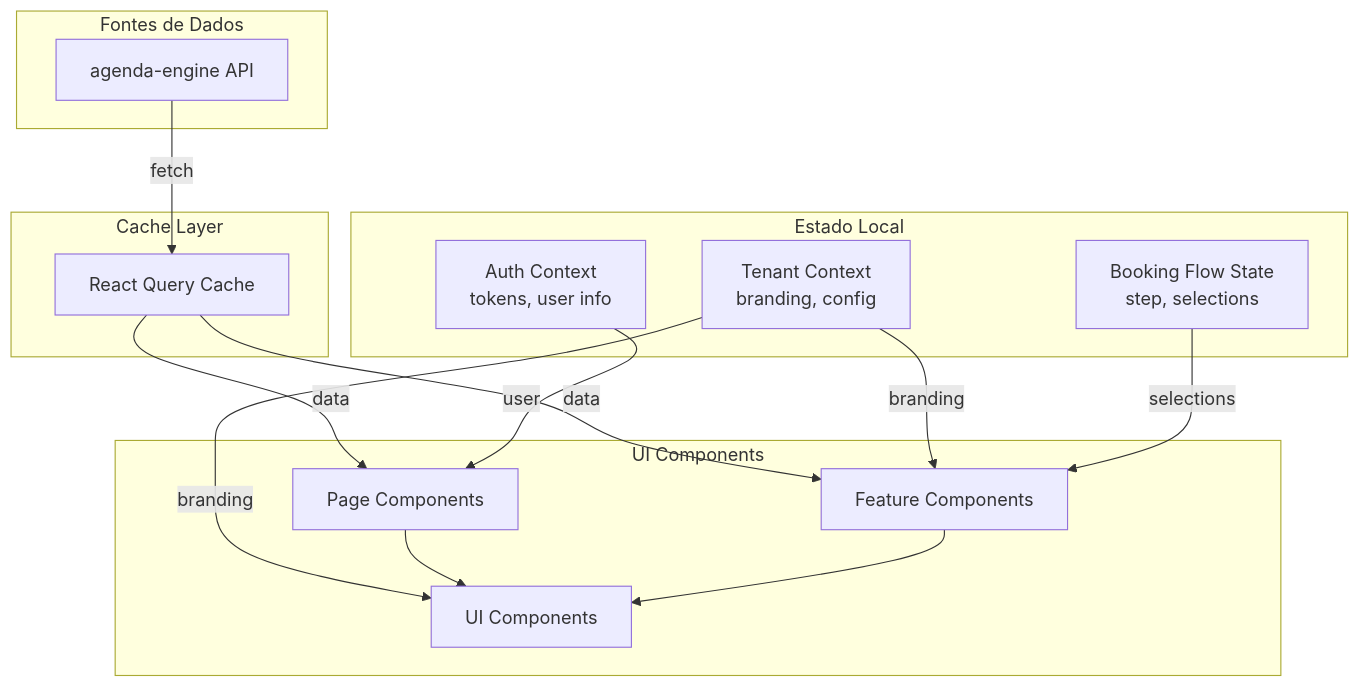
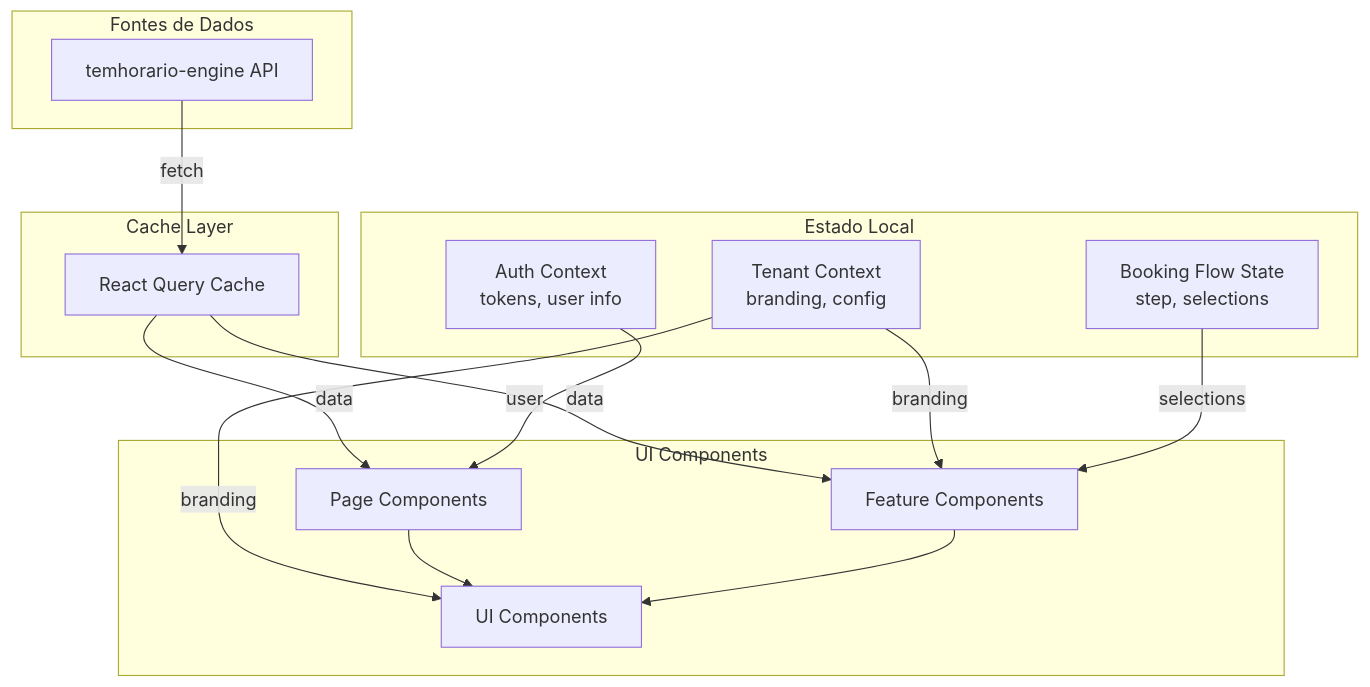
One commit to tassan/temhorario changed diagram 13 of 13 in docs/frontend/flows.md. Above: the diagram before and after it, drawn with Mermaid. The commit also changed other lines of this file and 4 other files, not shown here.

First line of the commit message:
docs(frontend): align architecture and flows with API contract

````diff
--- a/docs/frontend/flows.md
+++ b/docs/frontend/flows.md
@@ -354,32 +356,32 @@
 ```mermaid
 flowchart TD
     subgraph Fontes de Dados
-        API[agenda-engine API]
+        API[temhorario-engine API]
     end
 
     subgraph Cache Layer
         RQ[React Query Cache]
     end
 
     subgraph Estado Local
         AUTH[Auth Context<br/>tokens, user info]
         TENANT[Tenant Context<br/>branding, config]
         BOOKING[Booking Flow State<br/>step, selections]
     end
 
     subgraph UI Components
         PAGES[Page Components]
         COMPS[Feature Components]
         UI[UI Components]
     end
 
     API -->|fetch| RQ
     RQ -->|data| PAGES
     RQ -->|data| COMPS
     AUTH -->|user| PAGES
     TENANT -->|branding| COMPS
     TENANT -->|branding| UI
     BOOKING -->|selections| COMPS
     PAGES --> UI
     COMPS --> UI
 ```
````
